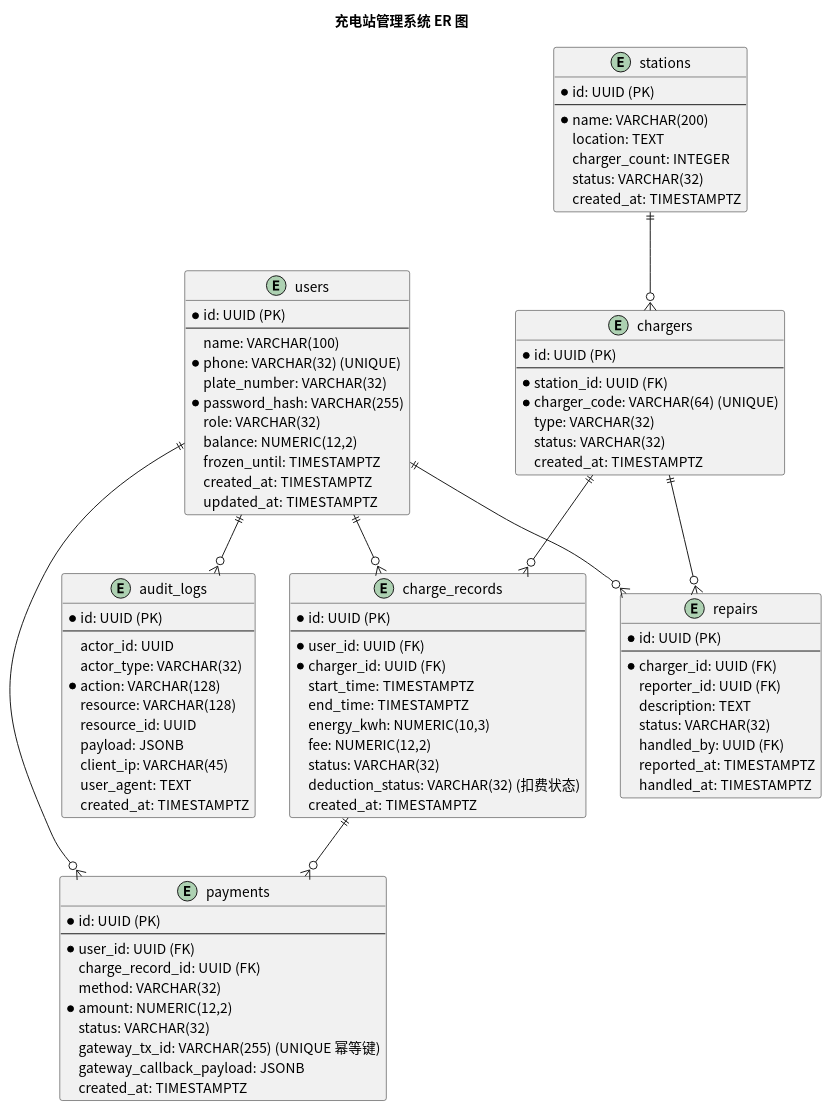
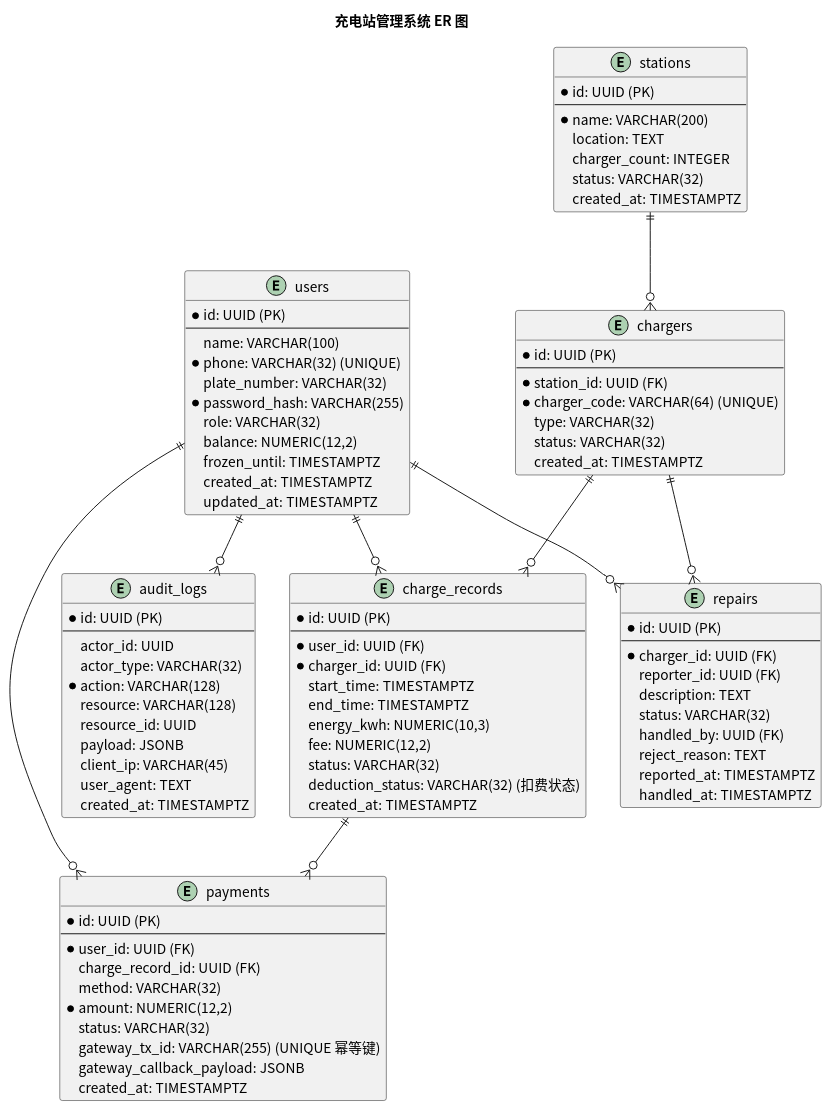
Before and after one commit to greenhandzdl/charging-station-doc: the diagram in usecase/docs/database/src/er_diagram.puml, drawn with PlantUML. The commit also changed 39 other files, not shown here.

```diff
--- a/usecase/docs/database/src/er_diagram.puml
+++ b/usecase/docs/database/src/er_diagram.puml
@@ -1,101 +1,102 @@
 @startuml
 skinparam defaultFontName "Noto Sans CJK SC"
 skinparam defaultFontSize 14
 title 充电站管理系统 ER 图
 
 entity users {
   *id: UUID (PK)
   --
   name: VARCHAR(100)
   *phone: VARCHAR(32) (UNIQUE)
   plate_number: VARCHAR(32)
   *password_hash: VARCHAR(255)
   role: VARCHAR(32)
   balance: NUMERIC(12,2)
   frozen_until: TIMESTAMPTZ
   created_at: TIMESTAMPTZ
   updated_at: TIMESTAMPTZ
 }
 
 entity stations {
   *id: UUID (PK)
   --
   *name: VARCHAR(200)
   location: TEXT
   charger_count: INTEGER
   status: VARCHAR(32)
   created_at: TIMESTAMPTZ
 }
 
 entity chargers {
   *id: UUID (PK)
   --
   *station_id: UUID (FK)
   *charger_code: VARCHAR(64) (UNIQUE)
   type: VARCHAR(32)
   status: VARCHAR(32)
   created_at: TIMESTAMPTZ
 }
 
 entity charge_records {
   *id: UUID (PK)
   --
   *user_id: UUID (FK)
   *charger_id: UUID (FK)
   start_time: TIMESTAMPTZ
   end_time: TIMESTAMPTZ
   energy_kwh: NUMERIC(10,3)
   fee: NUMERIC(12,2)
   status: VARCHAR(32)
   deduction_status: VARCHAR(32) (扣费状态)
   created_at: TIMESTAMPTZ
 }
 
 entity payments {
   *id: UUID (PK)
   --
   *user_id: UUID (FK)
   charge_record_id: UUID (FK)
   method: VARCHAR(32)
   *amount: NUMERIC(12,2)
   status: VARCHAR(32)
   gateway_tx_id: VARCHAR(255) (UNIQUE 幂等键)
   gateway_callback_payload: JSONB
   created_at: TIMESTAMPTZ
 }
 
 entity repairs {
   *id: UUID (PK)
   --
   *charger_id: UUID (FK)
   reporter_id: UUID (FK)
   description: TEXT
   status: VARCHAR(32)
   handled_by: UUID (FK)
+  reject_reason: TEXT
   reported_at: TIMESTAMPTZ
   handled_at: TIMESTAMPTZ
 }
 
 entity audit_logs {
   *id: UUID (PK)
   --
   actor_id: UUID
   actor_type: VARCHAR(32)
   *action: VARCHAR(128)
   resource: VARCHAR(128)
   resource_id: UUID
   payload: JSONB
   client_ip: VARCHAR(45)
   user_agent: TEXT
   created_at: TIMESTAMPTZ
 }
 
 stations ||--o{ chargers
 users ||--o{ charge_records
 chargers ||--o{ charge_records
 users ||--o{ payments
 charge_records ||--o{ payments
 users ||--o{ repairs
 chargers ||--o{ repairs
 users ||--o{ audit_logs
 @enduml
```
